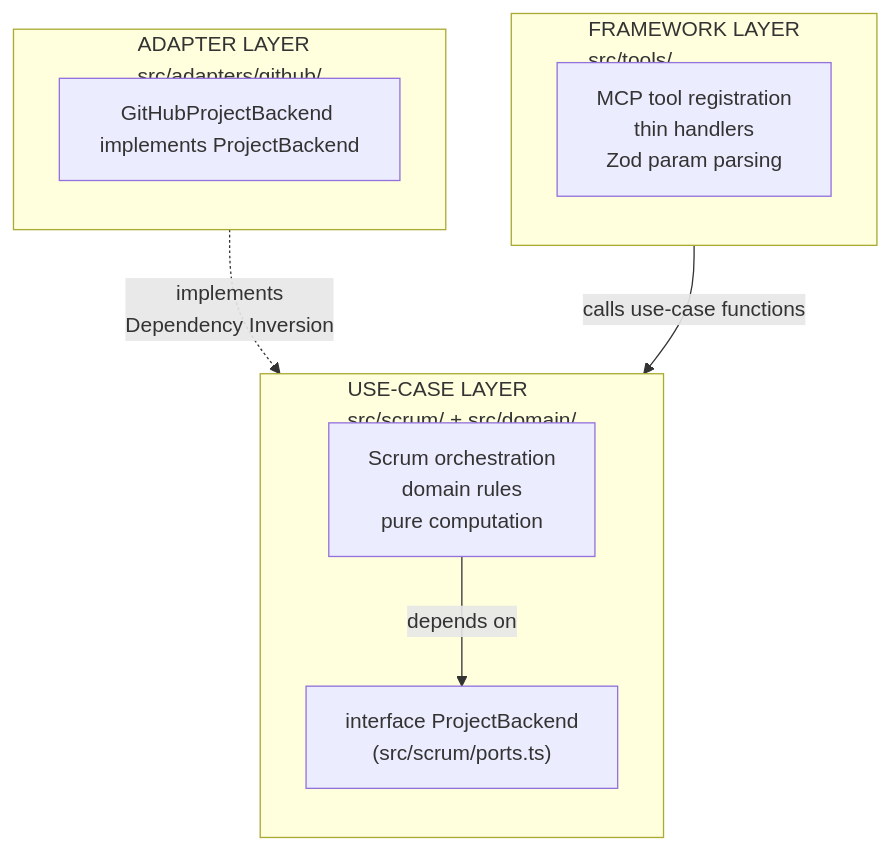
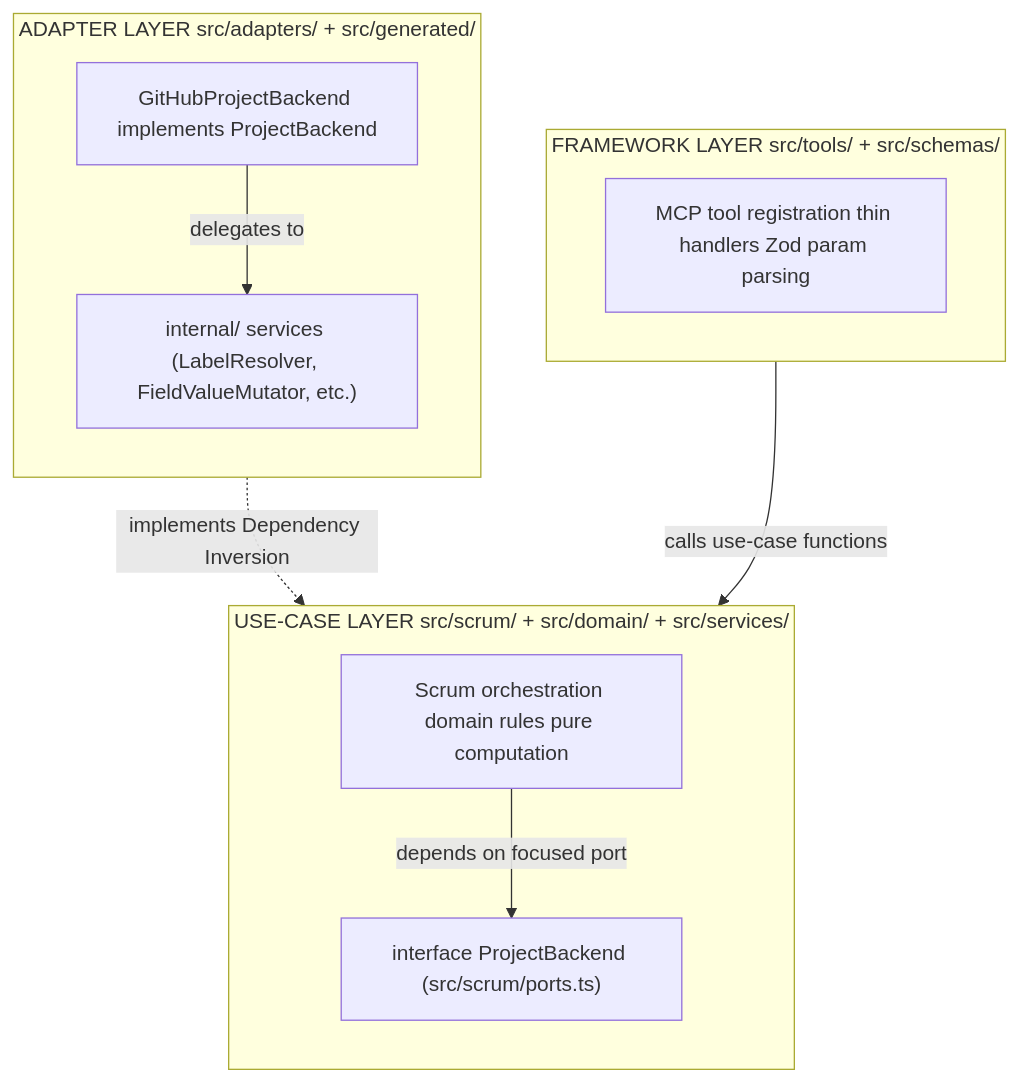
One commit to hoonsubin/github-projects-mcp-server changed the diagram in tasks/REFACTORING.md. Above: the diagram before and after it, drawn with Mermaid. The commit also changed other lines of this file and 15 other files, not shown here.

Commit message:
refactor diagram generation script

````diff
--- a/tasks/REFACTORING.md
+++ b/tasks/REFACTORING.md
@@ -31,23 +33,25 @@
 ```mermaid
 flowchart TD
 
-  subgraph Framework["FRAMEWORK LAYER\nsrc/tools/"]
+  subgraph Framework["FRAMEWORK LAYER src/tools/ + src/schemas/"]
     direction TB
-    FW["MCP tool registration\nthin handlers\nZod param parsing"]
+    FW["MCP tool registration thin handlers Zod param parsing"]
   end
 
-  subgraph UseCase["USE-CASE LAYER\nsrc/scrum/ + src/domain/"]
+  subgraph UseCase["USE-CASE LAYER src/scrum/ + src/domain/ + src/services/"]
     direction TB
-    UC["Scrum orchestration\ndomain rules\npure computation"]
-    PB["interface ProjectBackend\n(src/scrum/ports.ts)"]
+    UC["Scrum orchestration domain rules pure computation"]
+    PB["interface ProjectBackend (src/scrum/ports.ts)"]
   end
 
-  subgraph Adapter["ADAPTER LAYER\nsrc/adapters/github/"]
+  subgraph Adapter["ADAPTER LAYER src/adapters/ + src/generated/"]
     direction TB
     AD["GitHubProjectBackend implements ProjectBackend"]
+    SVC["internal/ services (LabelResolver, FieldValueMutator, etc.)"]
+    AD -->|delegates to| SVC
   end
 
   FW -->|calls use-case functions| UC
-  UC -->|depends on| PB
-  AD -.->|implements\nDependency Inversion| PB
+  UC -->|depends on focused port| PB
+  AD -.->|implements Dependency Inversion| PB
 ```
````
